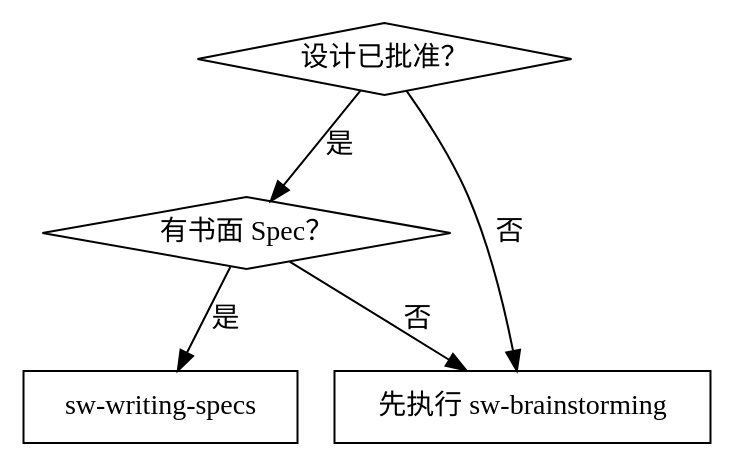
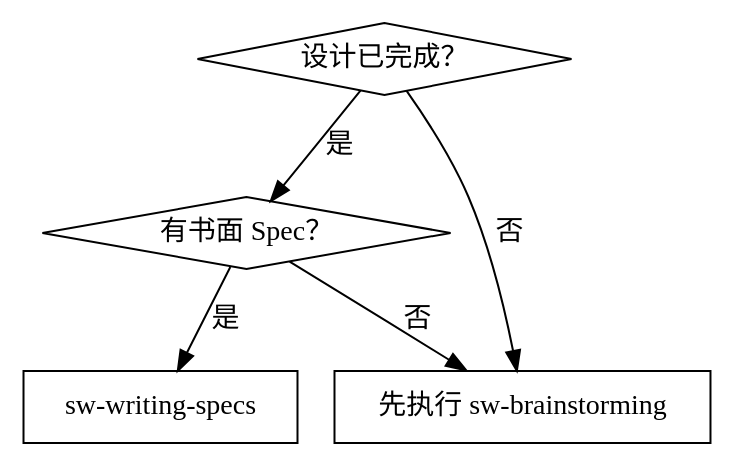
One commit to vaycentsun/sw-superpower changed the first of 2 diagrams in sw-writing-specs/SKILL.md. Above: the diagram before and after it, drawn with Graphviz. The commit also changed other lines of this file and 8 other files, not shown here.

````diff
--- a/sw-writing-specs/SKILL.md
+++ b/sw-writing-specs/SKILL.md
@@ -42,15 +42,15 @@
 ```dot
 digraph when_to_use {
   rankdir=TB;
   
-  design_approved [label="设计已批准？", shape=diamond];
+  design_completed [label="设计已完成？", shape=diamond];
   has_spec [label="有书面 Spec？", shape=diamond];
   write_specs [label="sw-writing-specs", shape=box];
   need_design [label="先执行 sw-brainstorming", shape=box];
   
-  design_approved -> has_spec [label="是"];
-  design_approved -> need_design [label="否"];
+  design_completed -> has_spec [label="是"];
+  design_completed -> need_design [label="否"];
   has_spec -> write_specs [label="是"];
   has_spec -> need_design [label="否"];
 }
 ```
````
